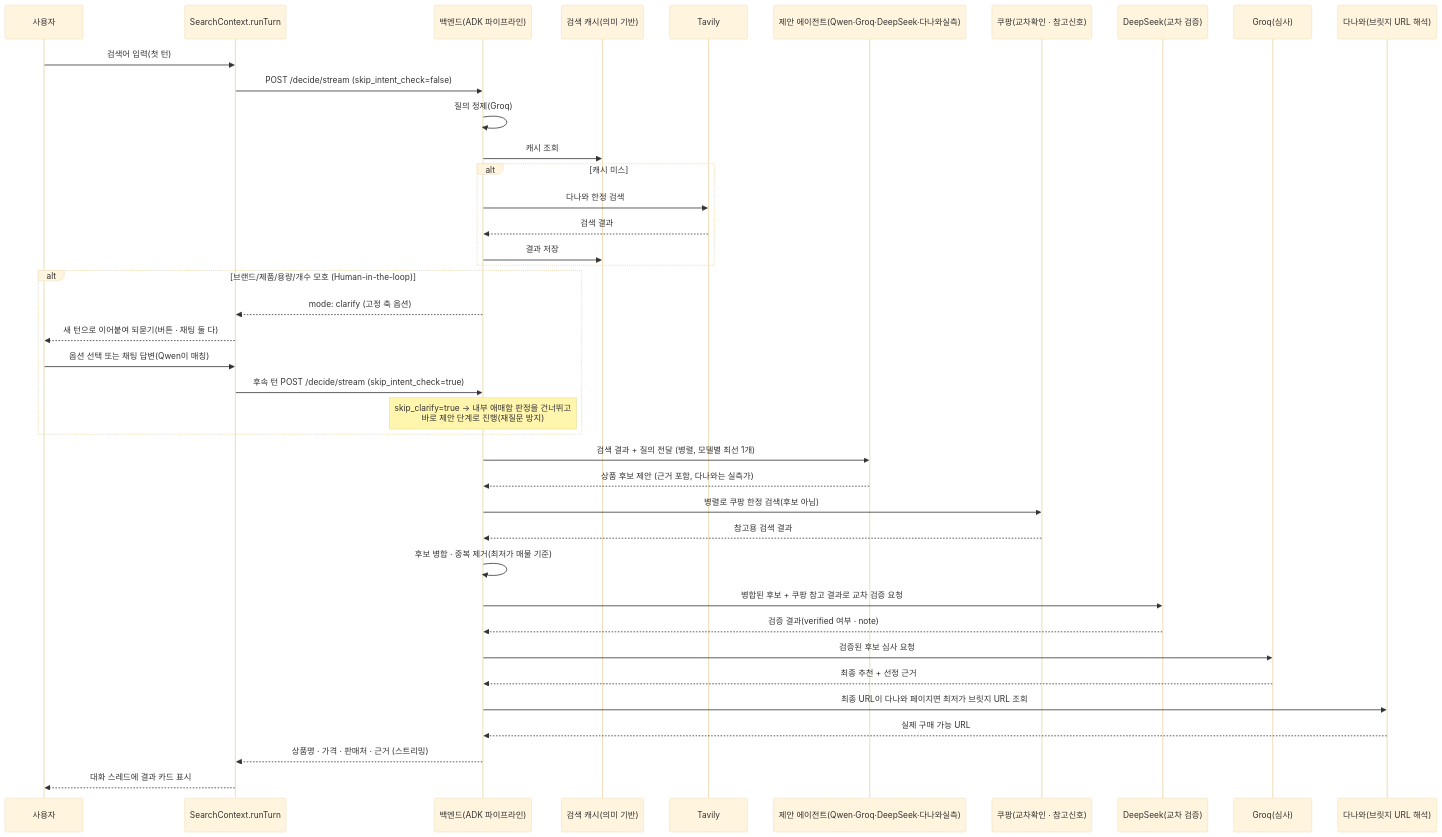
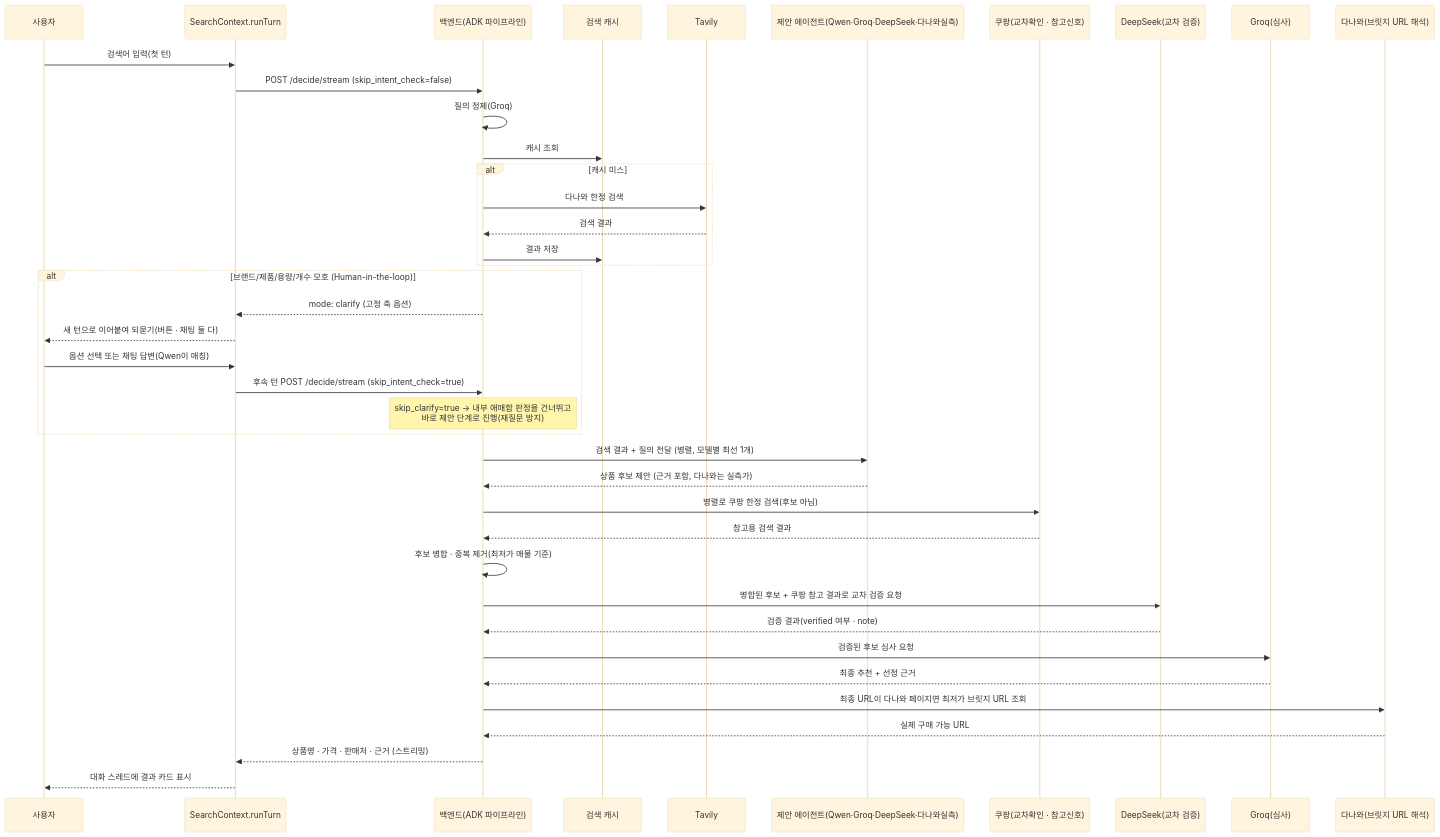
One commit to Alpha-pick00/Alpha-pick00.github.io changed the second of 3 diagrams in README.md. Above: the diagram before and after it, drawn with Mermaid (base theme). The commit also changed other lines of this file and 27 other files, not shown here.

````diff
--- a/README.md
+++ b/README.md
@@ -242,43 +243,43 @@
 ```mermaid
 sequenceDiagram
     participant U as 사용자
     participant CTX as SearchContext.runTurn
     participant B as 백엔드(ADK 파이프라인)
-    participant Cache as 검색 캐시(의미 기반)
+    participant Cache as 검색 캐시
     participant T as Tavily
     participant P as 제안 에이전트(Qwen·Groq·DeepSeek·다나와실측)
     participant CP as 쿠팡(교차확인 · 참고신호)
     participant D as DeepSeek(교차 검증)
     participant J as Groq(심사)
     participant DW as 다나와(브릿지 URL 해석)
 
     U->>CTX: 검색어 입력(첫 턴)
     CTX->>B: POST /decide/stream (skip_intent_check=false)
     B->>B: 질의 정제(Groq)
     B->>Cache: 캐시 조회
     alt 캐시 미스
         B->>T: 다나와 한정 검색
         T-->>B: 검색 결과
         B->>Cache: 결과 저장
     end
     alt 브랜드/제품/용량/개수 모호 (Human-in-the-loop)
         B-->>CTX: mode: clarify (고정 축 옵션)
         CTX-->>U: 새 턴으로 이어붙여 되묻기(버튼 · 채팅 둘 다)
         U->>CTX: 옵션 선택 또는 채팅 답변(Qwen이 매칭)
         CTX->>B: 후속 턴 POST /decide/stream (skip_intent_check=true)
         Note over B: skip_clarify=true → 내부 애매함 판정을 건너뛰고<br/>바로 제안 단계로 진행(재질문 방지)
     end
     B->>P: 검색 결과 + 질의 전달 (병렬, 모델별 최선 1개)
     P-->>B: 상품 후보 제안 (근거 포함, 다나와는 실측가)
     B->>CP: 병렬로 쿠팡 한정 검색(후보 아님)
     CP-->>B: 참고용 검색 결과
     B->>B: 후보 병합 · 중복 제거(최저가 매물 기준)
     B->>D: 병합된 후보 + 쿠팡 참고 결과로 교차 검증 요청
     D-->>B: 검증 결과(verified 여부 · note)
     B->>J: 검증된 후보 심사 요청
     J-->>B: 최종 추천 + 선정 근거
     B->>DW: 최종 URL이 다나와 페이지면 최저가 브릿지 URL 조회
     DW-->>B: 실제 구매 가능 URL
     B-->>CTX: 상품명 · 가격 · 판매처 · 근거 (스트리밍)
     CTX-->>U: 대화 스레드에 결과 카드 표시
 ```
````
